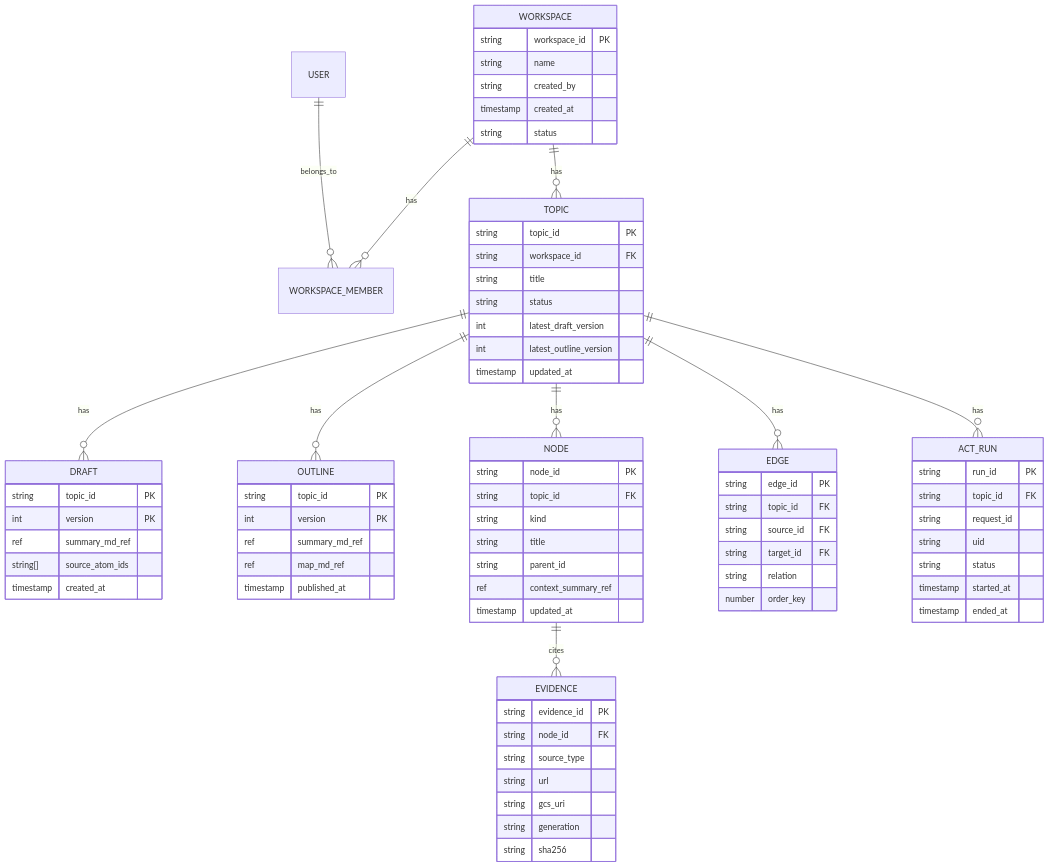
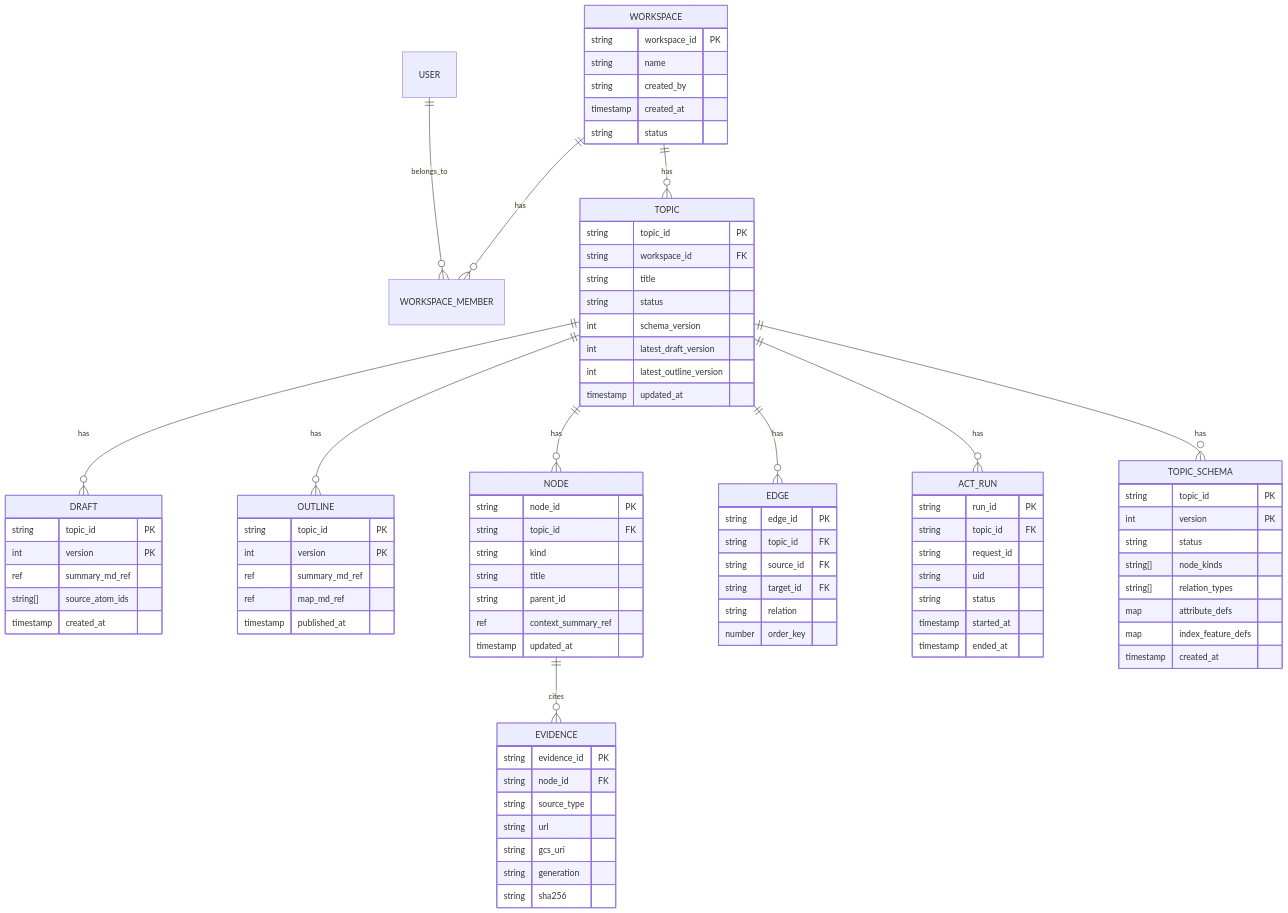
One commit to Keyhole-Koro/clarify-spec changed the first of 2 diagrams in firestore/schema.md. Above: the diagram before and after it, drawn with Mermaid. The commit also changed other lines of this file and 3 other files, not shown here.

Commit message:
Enhance topic schema management by adding schema_version to outputs and updating documentation for schema evolution responsibilities

```diff
--- a/firestore/schema.md
+++ b/firestore/schema.md
@@ -35,9 +35,23 @@
     string workspace_id FK
     string title
     string status
+    int schema_version
     int latest_draft_version
     int latest_outline_version
     timestamp updated_at
+  }
+
+  TOPIC ||--o{ TOPIC_SCHEMA : has
+
+  TOPIC_SCHEMA {
+    string topic_id PK
+    int version PK
+    string status
+    string[] node_kinds
+    string[] relation_types
+    map attribute_defs
+    map index_feature_defs
+    timestamp created_at
   }
 
   DRAFT {
```
